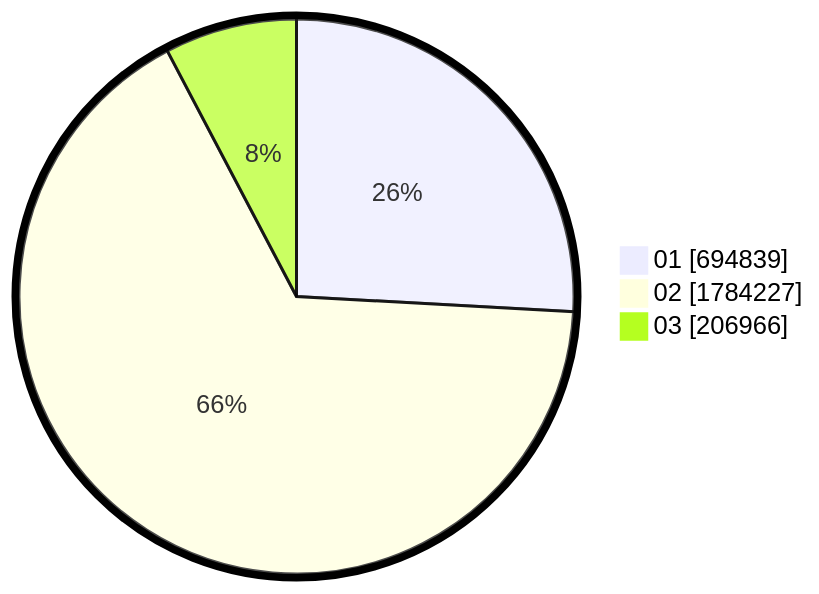
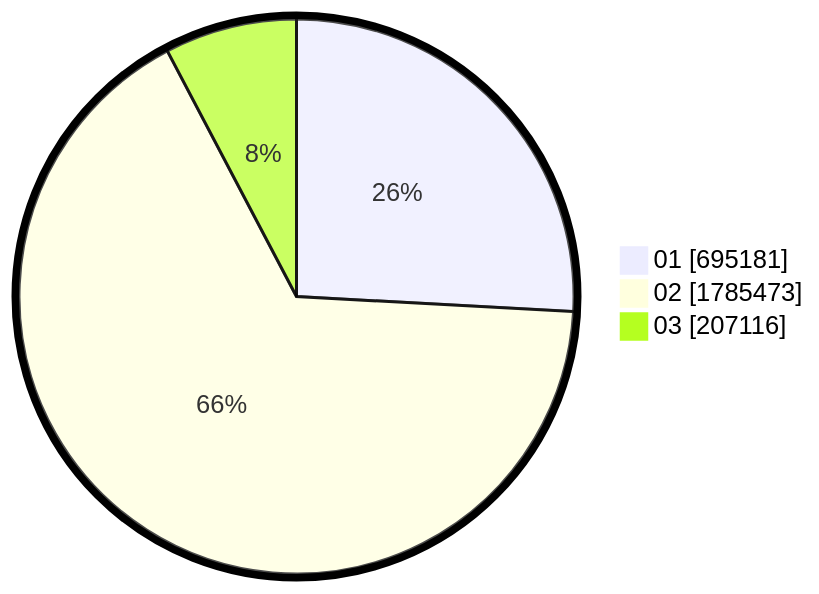
The second of 2 diagrams in pilpres/hitung-suara/sub/table-wilayah-52.md (gigit-pemilu/pemilu-2024), drawn with Mermaid before and after one commit. The commit also changed other lines of this file and 7 other files, not shown here.

````diff
--- a/pilpres/hitung-suara/sub/table-wilayah-52.md
+++ b/pilpres/hitung-suara/sub/table-wilayah-52.md
@@ -15,7 +15,7 @@
 ```mermaid
 %%{init: {"pie": {"textPosition": 0.5}, "themeVariables": {"pieOuterStrokeWidth": "5px"}} }%%
 pie showData
-    "01" : 694839
-    "02" : 1784227
-    "03" : 206966
+    "01" : 695181
+    "02" : 1785473
+    "03" : 207116
 ```
````
